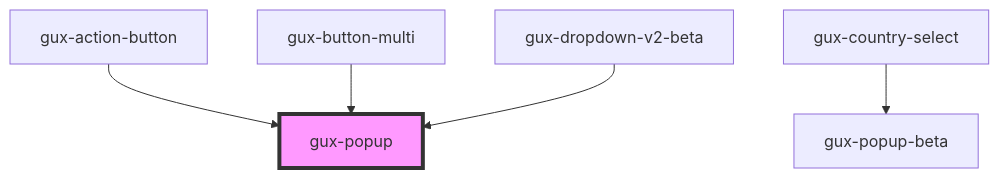
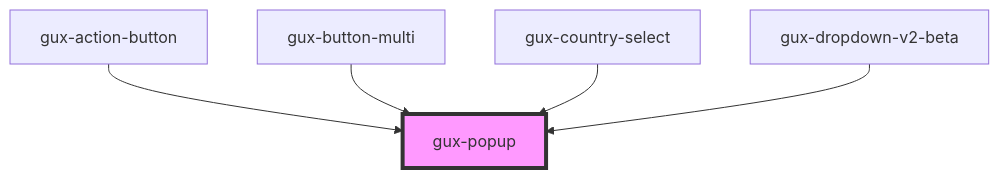
Before and after one commit to MyPureCloud/genesys-spark: the diagram in src/components/stable/gux-popup/readme.md, drawn with Mermaid. The commit also changed other lines of this file and 14 other files, not shown here.

````diff
--- a/src/components/stable/gux-popup/readme.md
+++ b/src/components/stable/gux-popup/readme.md
@@ -34,8 +34,8 @@
 ```mermaid
 graph TD;
   gux-action-button --> gux-popup
   gux-button-multi --> gux-popup
-  gux-country-select --> gux-popup-beta
+  gux-country-select --> gux-popup
   gux-dropdown-v2-beta --> gux-popup
   style gux-popup fill:#f9f,stroke:#333,stroke-width:4px
 ```
````
